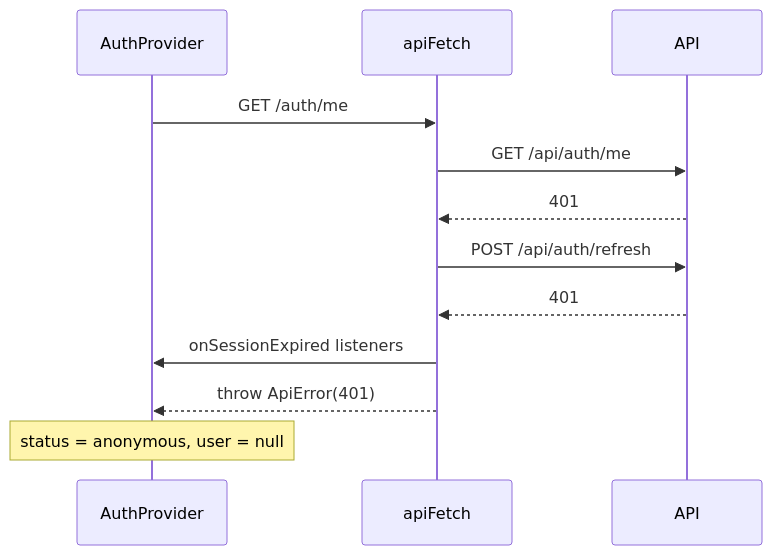
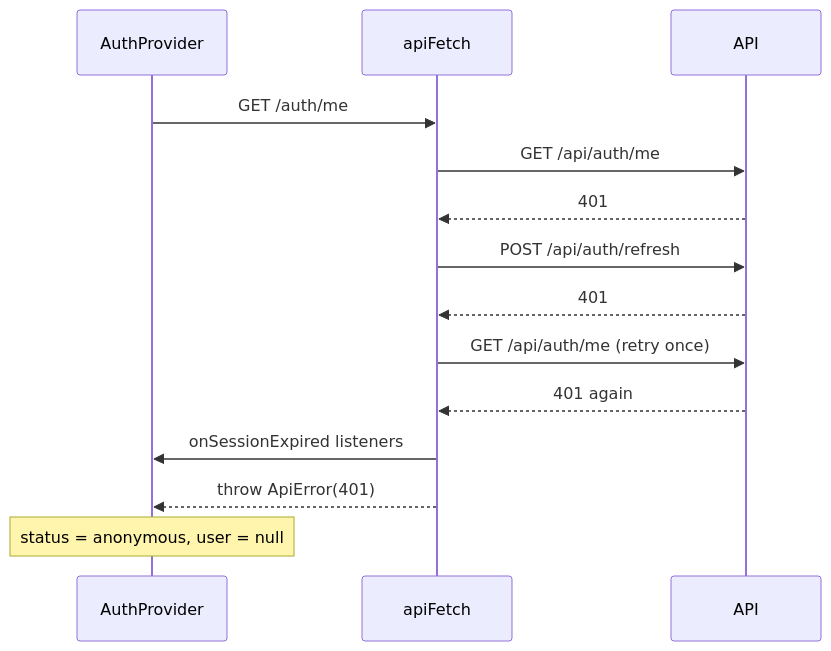
The third of 4 diagrams in docs/auth/sessions.md (Alchabom/RodPartPicker), drawn with Mermaid before and after one commit. The commit also changed other lines of this file and 4 other files, not shown here.

````diff
--- a/docs/auth/sessions.md
+++ b/docs/auth/sessions.md
@@ -90,15 +91,17 @@
 ```mermaid
 sequenceDiagram
     participant P as AuthProvider
     participant F as apiFetch
     participant A as API
 
     P->>F: GET /auth/me
     F->>A: GET /api/auth/me
     A-->>F: 401
     F->>A: POST /api/auth/refresh
     A-->>F: 401
+    F->>A: GET /api/auth/me (retry once)
+    A-->>F: 401 again
     F->>P: onSessionExpired listeners
     F-->>P: throw ApiError(401)
     Note over P: status = anonymous, user = null
 ```
````
